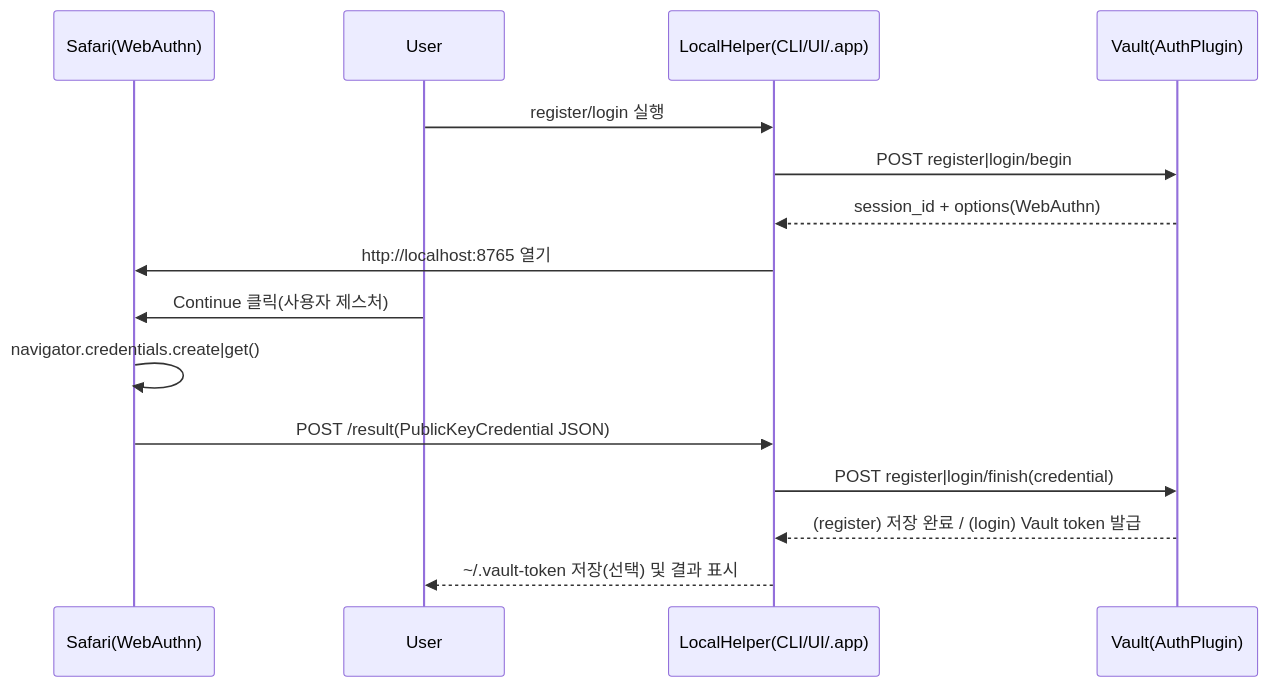
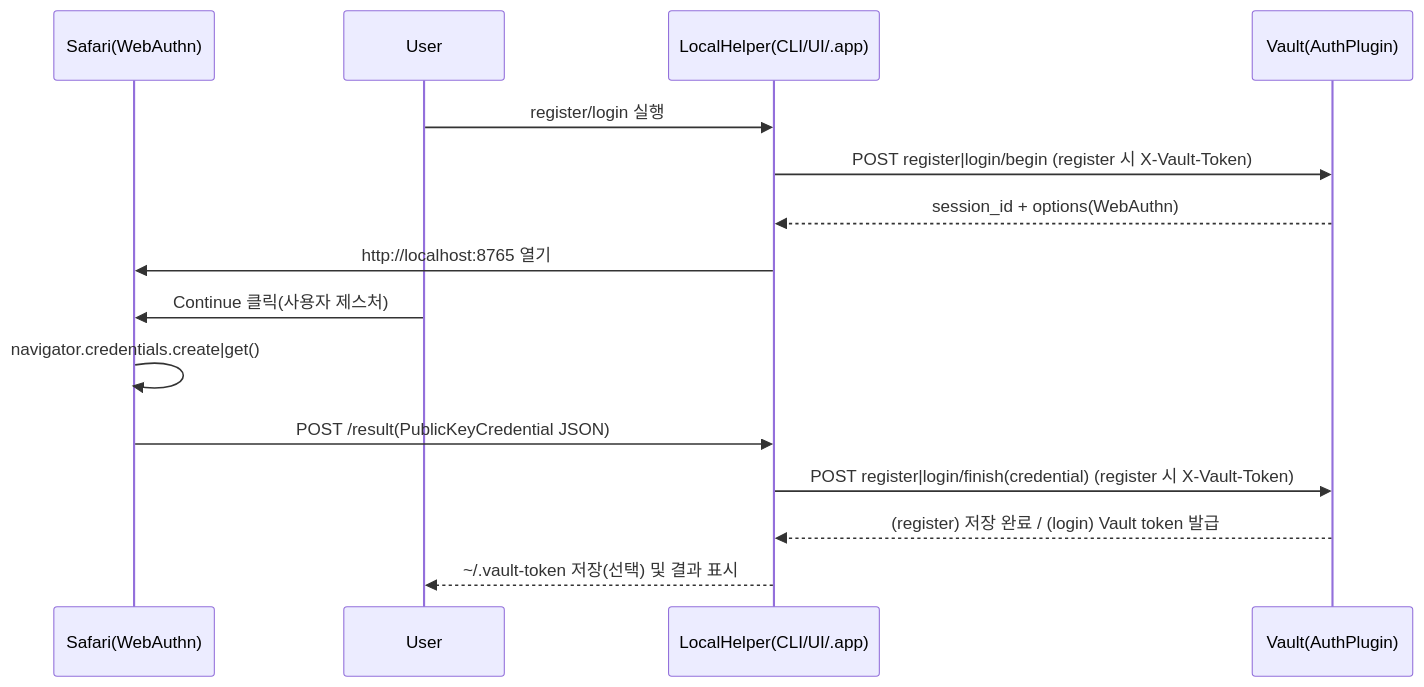
The diagram in plugins/vault-plugin-auth-mac-passkey/README.ko.md (Great-Stone/vault-plugins), drawn with Mermaid before and after one commit. The commit also changed other lines of this file and 11 other files, not shown here.

````diff
--- a/plugins/vault-plugin-auth-mac-passkey/README.ko.md
+++ b/plugins/vault-plugin-auth-mac-passkey/README.ko.md
@@ -31,18 +31,18 @@
 ```mermaid
 sequenceDiagram
   participant Safari as Safari(WebAuthn)
   participant User as User
   participant Helper as LocalHelper(CLI/UI/.app)
   participant Vault as Vault(AuthPlugin)
 
   User->>Helper: register/login 실행
-  Helper->>Vault: POST register|login/begin
+  Helper->>Vault: POST register|login/begin (register 시 X-Vault-Token)
   Vault-->>Helper: session_id + options(WebAuthn)
   Helper->>Safari: http://localhost:8765 열기
   User->>Safari: Continue 클릭(사용자 제스처)
   Safari->>Safari: navigator.credentials.create|get()
   Safari->>Helper: POST /result(PublicKeyCredential JSON)
-  Helper->>Vault: POST register|login/finish(credential)
+  Helper->>Vault: POST register|login/finish(credential) (register 시 X-Vault-Token)
   Vault-->>Helper: (register) 저장 완료 / (login) Vault token 발급
   Helper-->>User: ~/.vault-token 저장(선택) 및 결과 표시
 ```
````
